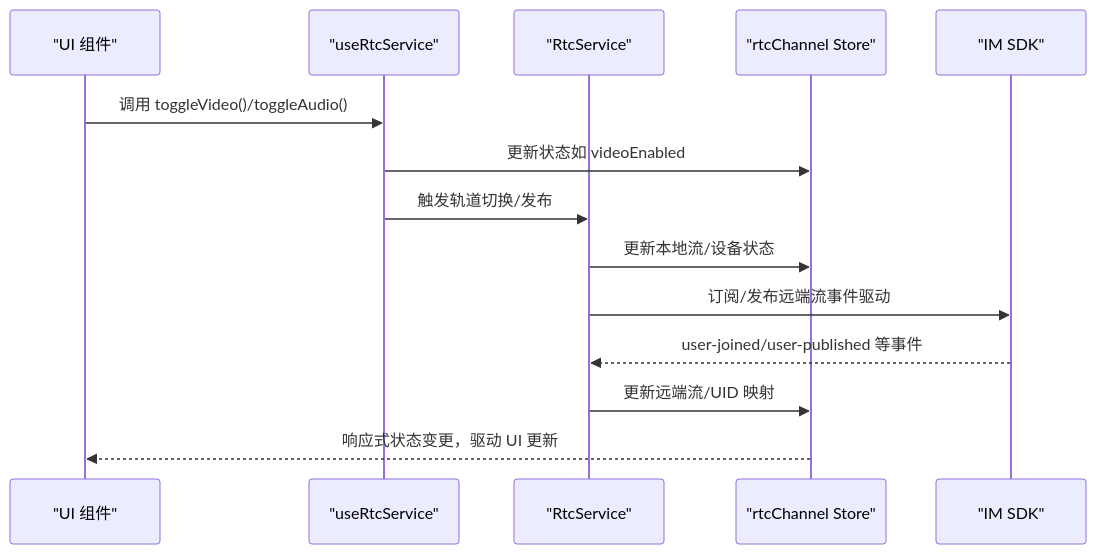
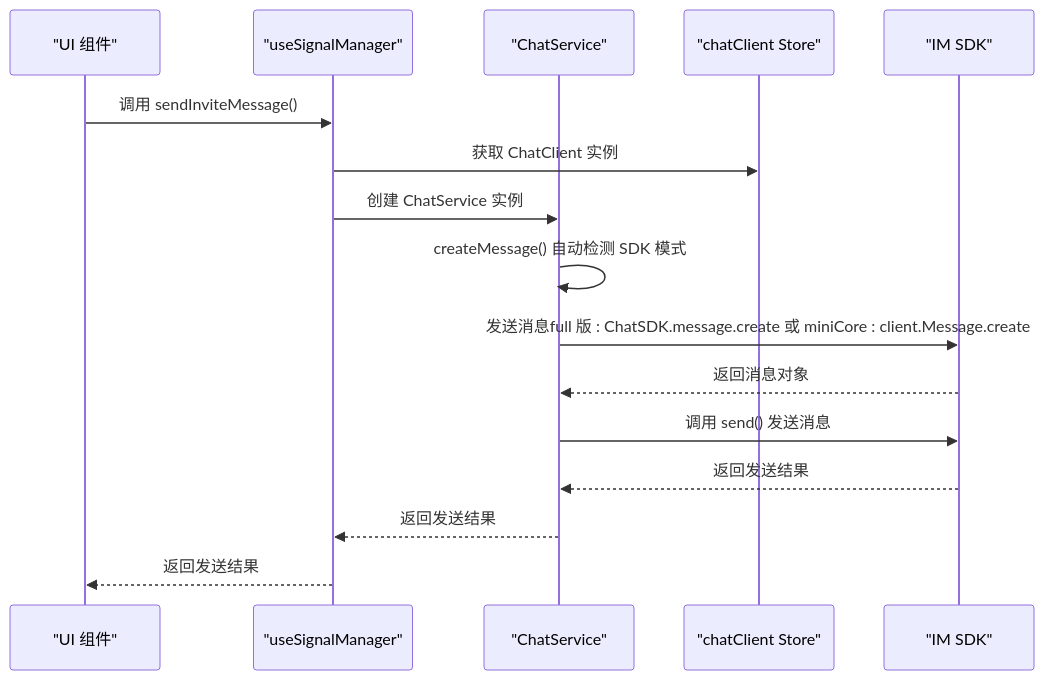
The second of 6 diagrams in .qoder/repowiki/zh/content/服务层/服务层.md (Easemob-Community/easemob-uikit-callkit-vue3), drawn with Mermaid before and after one commit. The commit also changed other lines of this file and 58 other files, not shown here.

````diff
--- a/.qoder/repowiki/zh/content/服务层/服务层.md
+++ b/.qoder/repowiki/zh/content/服务层/服务层.md
@@ -103,16 +129,18 @@
 ```mermaid
 sequenceDiagram
 participant UI as "UI 组件"
-participant Hook as "useRtcService"
-participant Rtc as "RtcService"
-participant Store as "rtcChannel Store"
+participant Hook as "useSignalManager"
+participant Chat as "ChatService"
+participant Store as "chatClient Store"
 participant IM as "IM SDK"
-UI->>Hook : 调用 toggleVideo()/toggleAudio()
-Hook->>Store : 更新状态如 videoEnabled
-Hook->>Rtc : 触发轨道切换/发布
-Rtc->>Store : 更新本地流/设备状态
-Rtc->>IM : 订阅/发布远端流事件驱动
-IM-->>Rtc : user-joined/user-published 等事件
-Rtc->>Store : 更新远端流/UID 映射
-Store-->>UI : 响应式状态变更，驱动 UI 更新
+UI->>Hook : 调用 sendInviteMessage()
+Hook->>Store : 获取 ChatClient 实例
+Hook->>Chat : 创建 ChatService 实例
+Chat->>Chat : createMessage() 自动检测 SDK 模式
+Chat->>IM : 发送消息full 版 : ChatSDK.message.create 或 miniCore : client.Message.create
+IM-->>Chat : 返回消息对象
+Chat->>IM : 调用 send() 发送消息
+IM-->>Chat : 返回发送结果
+Chat-->>Hook : 返回发送结果
+Hook-->>UI : 返回发送结果
 ```
````
